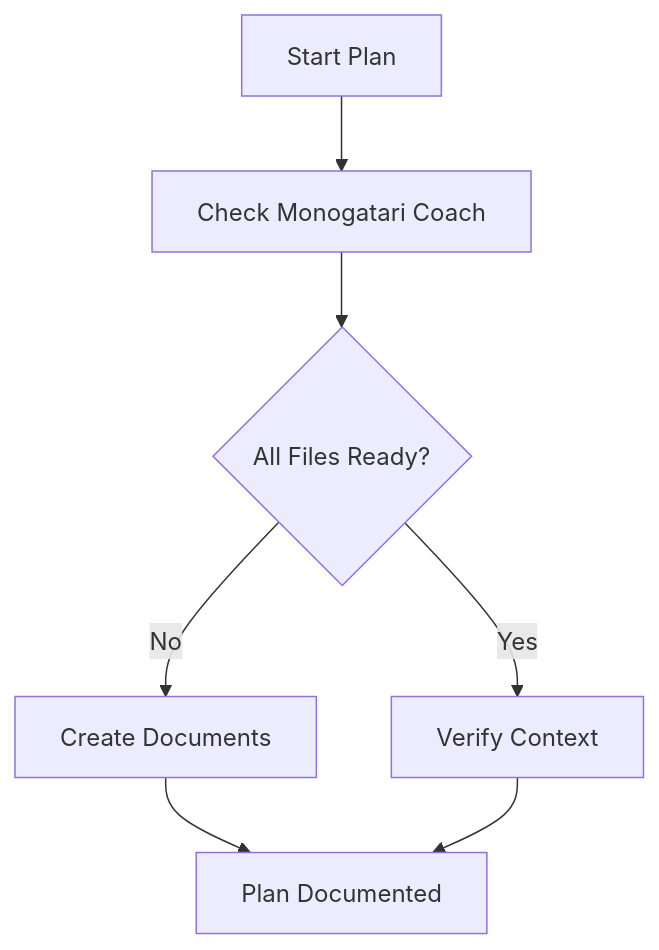
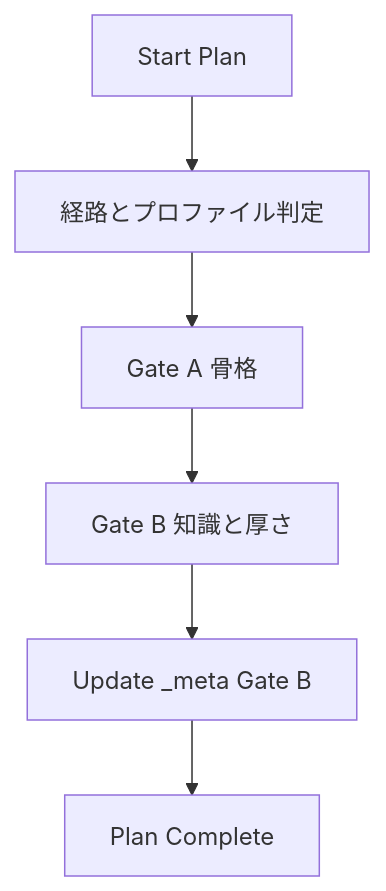
Before and after one commit to kavao/monogatari-coach: the first of 5 diagrams in .rulesync/rules/workflow-specification.md, drawn with Mermaid. The commit also changed other lines of this file and 6 other files, not shown here.

````diff
--- a/.rulesync/rules/workflow-specification.md
+++ b/.rulesync/rules/workflow-specification.md
@@ -1061,9 +1064,8 @@
 ```mermaid
 flowchart TD
-    Start[Start Plan] --> CheckMemory[Check Monogatari Coach]
-    CheckMemory --> FilesReady{All Files Ready?}
-    FilesReady -->|No| CreateDoc[Create Documents]
-    CreateDoc --> PlanDone[Plan Documented]
-    FilesReady -->|Yes| VerifyContext[Verify Context]
-    VerifyContext --> PlanDone
+    Start[Start Plan] --> Classify[経路とプロファイル判定]
+    Classify --> GateA[Gate A 骨格]
+    GateA --> GateB[Gate B 知識と厚さ]
+    GateB --> Record[Update _meta Gate B]
+    Record --> PlanDone[Plan Complete]
 ```
````
